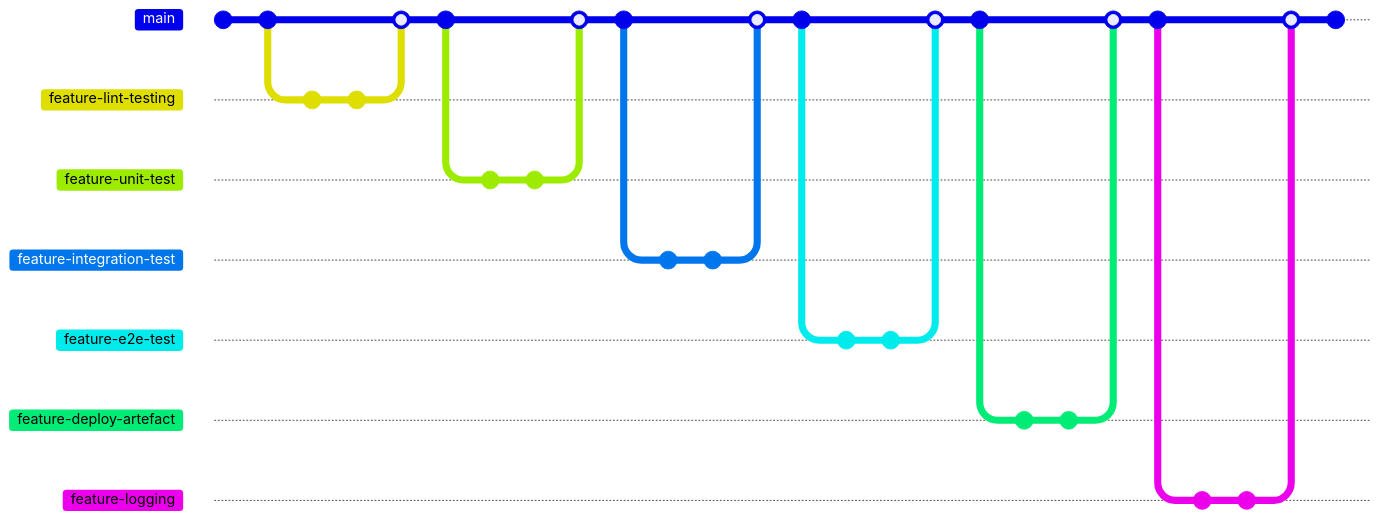
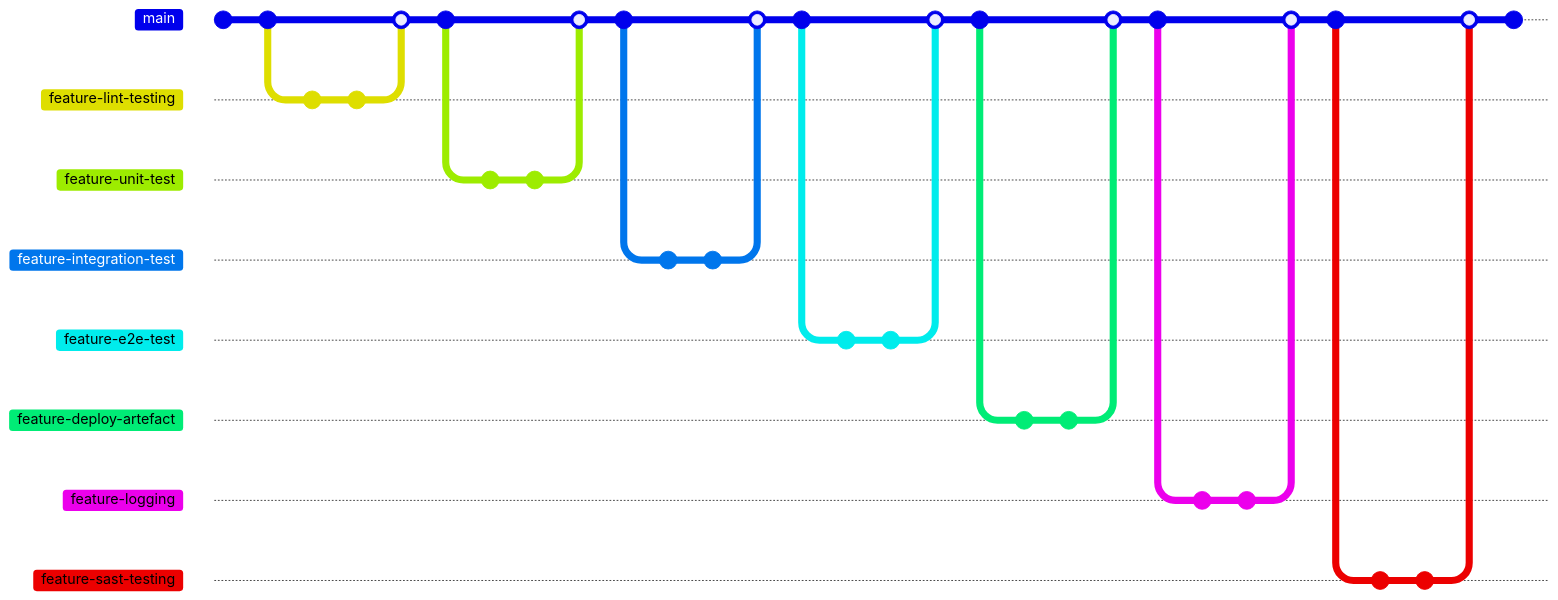
One commit to LukeMacdonald/githubactions-learning changed the first of 2 diagrams in README.md. Above: the diagram before and after it, drawn with Mermaid. The commit also changed other lines of this file, not shown here. Commit ids are hidden.

````diff
--- a/README.md
+++ b/README.md
@@ -33,48 +33,55 @@
 ```mermaid
 gitGraph
     commit id: "initial commit"
     commit
     branch feature-lint-testing
     checkout feature-lint-testing
     commit id: "add lint test"
     commit id: "fixed linting bugs"
     checkout main
     merge feature-lint-testing
     commit
     branch feature-unit-test
     checkout feature-unit-test
     commit id: "add unit test"
     commit id: "fixed unit test bugs"
     checkout main
     merge feature-unit-test
     commit
     branch feature-integration-test
     checkout feature-integration-test
     commit id: "add integration test"
     commit id: "fixed integration bugs"
     checkout main
     merge feature-integration-test
     commit
     branch feature-e2e-test
     checkout feature-e2e-test
     commit id: "added e2e test"
     commit id: "fixed e2e test bugs"
     checkout main
     merge feature-e2e-test
     commit
     branch feature-deploy-artefact
     checkout feature-deploy-artefact
     commit
     commit
     checkout main
     merge feature-deploy-artefact
     commit
     branch feature-logging
     checkout feature-logging
     commit
     commit
     checkout main
     merge feature-logging
+    commit
+    branch feature-sast-testing
+    checkout feature-sast-testing
+    commit
+    commit
+    checkout main
+    merge feature-sast-testing
     commit id: "final commit"
 
 ```
````
